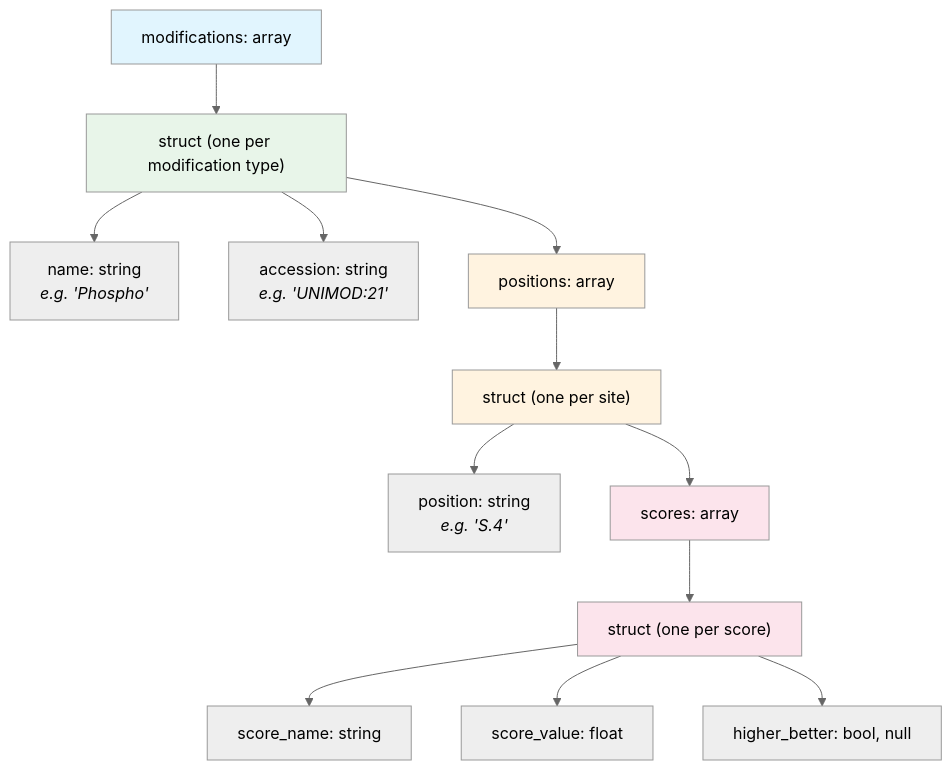
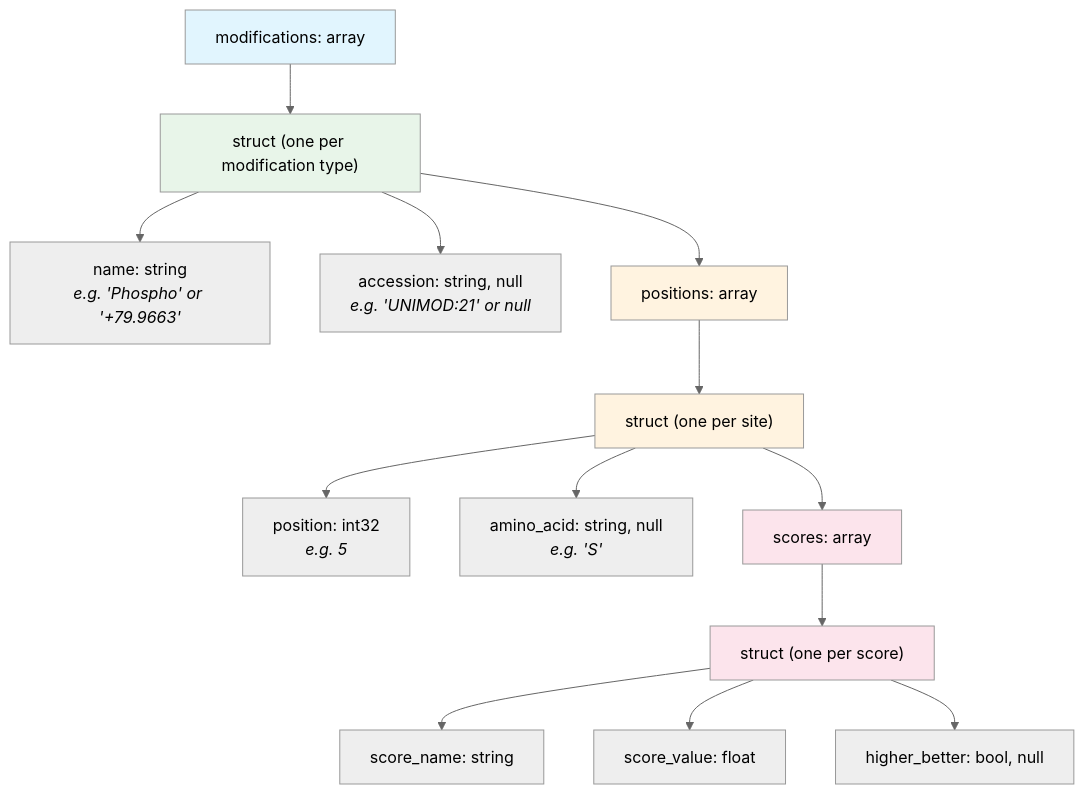
The diagram in docs/spec/modifications.md (yueqixuan/quantms.io), drawn with Mermaid (neutral theme) before and after one commit. The commit also changed other lines of this file and 333 other files, not shown here.

````diff
--- a/docs/spec/modifications.md
+++ b/docs/spec/modifications.md
@@ -33,21 +36,22 @@
 ```mermaid
 graph TD
     MOD["modifications: array"] --> ENTRY["struct (one per modification type)"]
-    ENTRY --> NAME["name: string<br/><i>e.g. 'Phospho'</i>"]
-    ENTRY --> ACC["accession: string<br/><i>e.g. 'UNIMOD:21'</i>"]
+    ENTRY --> NAME["name: string<br/><i>e.g. 'Phospho' or '+79.9663'</i>"]
+    ENTRY --> ACC["accession: string, null<br/><i>e.g. 'UNIMOD:21' or null</i>"]
     ENTRY --> POS["positions: array"]
     POS --> POSENTRY["struct (one per site)"]
-    POSENTRY --> POSITION["position: string<br/><i>e.g. 'S.4'</i>"]
+    POSENTRY --> POSITION["position: int32<br/><i>e.g. 5</i>"]
+    POSENTRY --> AA["amino_acid: string, null<br/><i>e.g. 'S'</i>"]
     POSENTRY --> SCORES["scores: array"]
     SCORES --> SCOREENTRY["struct (one per score)"]
     SCOREENTRY --> SNAME["score_name: string"]
     SCOREENTRY --> SVAL["score_value: float"]
     SCOREENTRY --> HB["higher_better: bool, null"]
 
     style MOD fill:#e1f5fe
     style ENTRY fill:#e8f5e9
     style POS fill:#fff3e0
     style POSENTRY fill:#fff3e0
     style SCORES fill:#fce4ec
     style SCOREENTRY fill:#fce4ec
 ```
````
